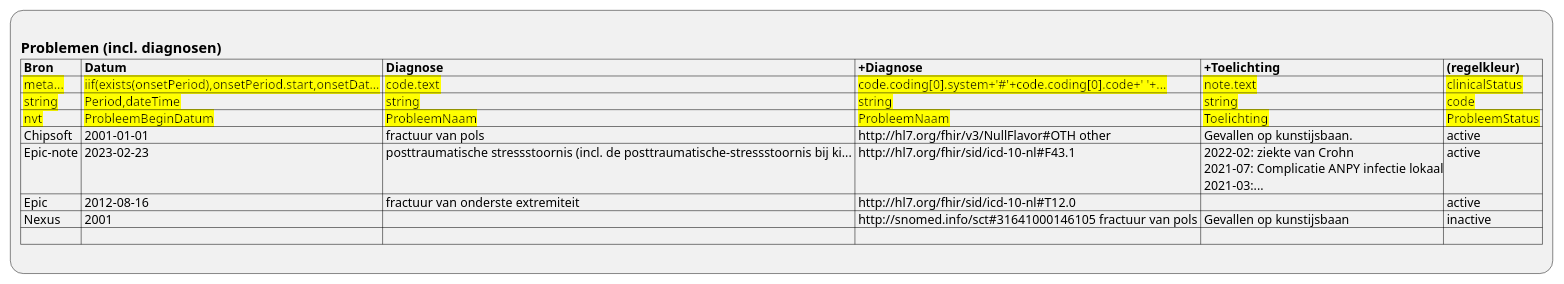
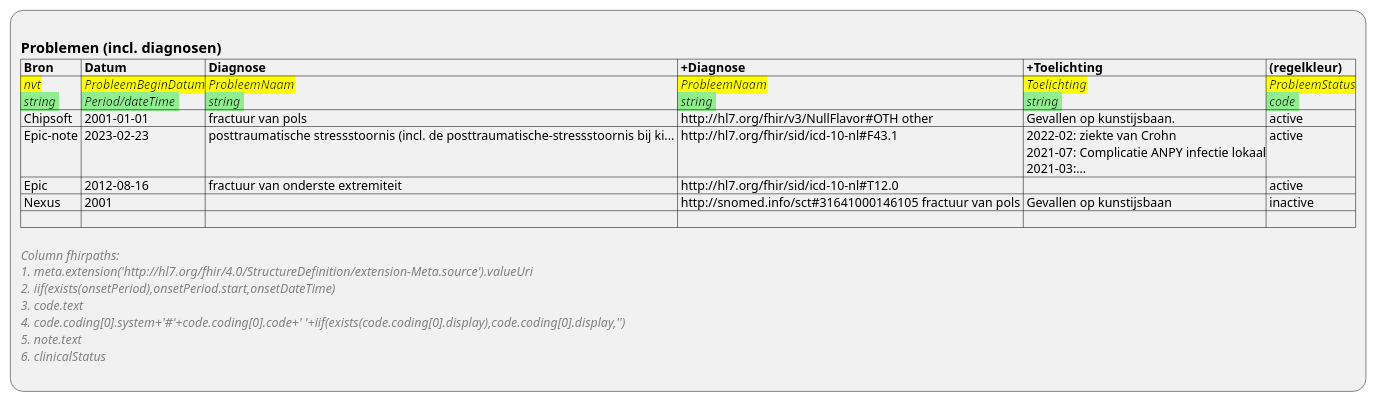
Before and after one commit to RIVO-Noord/zorgviewer-ig: the diagram in input/images-source/ViewDefinition-Condition.plantuml, drawn with PlantUML. The commit also changed 11 other files, not shown here.

```diff
--- a/input/images-source/ViewDefinition-Condition.plantuml
+++ b/input/images-source/ViewDefinition-Condition.plantuml
@@ -1,14 +1,20 @@
 @startuml ViewDefinition-Condition
 :
 == Problemen (incl. diagnosen)
 |= Bron |= Datum |= Diagnose |= +Diagnose |= +Toelichting |= (regelkleur) |
-|<back:yellow> meta... |<back:yellow> iif(exists(onsetPeriod),onsetPeriod.start,onsetDat... |<back:yellow> code.text |<back:yellow> code.coding[0].system+'#'+code.coding[0].code+' '+... |<back:yellow> note.text |<back:yellow> clinicalStatus |
-|<back:yellow> string |<back:yellow> Period,dateTime |<back:yellow> string |<back:yellow> string |<back:yellow> string |<back:yellow> code |
-|<back:yellow> nvt |<back:yellow> ProbleemBeginDatum |<back:yellow> ProbleemNaam |<back:yellow> ProbleemNaam |<back:yellow> Toelichting |<back:yellow> ProbleemStatus |
+|<back:yellow> //nvt//\n<back:lightgreen> //string// |<back:yellow> //ProbleemBeginDatum//\n<back:lightgreen> //Period/dateTime// |<back:yellow> //ProbleemNaam//\n<back:lightgreen> //string// |<back:yellow> //ProbleemNaam//\n<back:lightgreen> //string// |<back:yellow> //Toelichting//\n<back:lightgreen> //string// |<back:yellow> //ProbleemStatus//\n<back:lightgreen> //code// |
 | Chipsoft | 2001-01-01 | fractuur van pols | http://hl7.org/fhir/v3/NullFlavor#OTH other | Gevallen op kunstijsbaan. | active |
 | Epic-note | 2023-02-23 | posttraumatische stressstoornis (incl. de posttraumatische-stressstoornis bij ki... | http://hl7.org/fhir/sid/icd-10-nl#F43.1  | 2022-02: ziekte van Crohn\n 2021-07: Complicatie ANPY infectie lokaal\n 2021-03:... | active |
 | Epic | 2012-08-16 | fractuur van onderste extremiteit | http://hl7.org/fhir/sid/icd-10-nl#T12.0  |  | active |
 | Nexus | 2001 |  | http://snomed.info/sct#31641000146105 fractuur van pols | Gevallen op kunstijsbaan | inactive |
 | |
+
+<color:gray>//Column fhirpaths://
+<color:gray>//1. meta.extension('http:~//hl7.org/fhir/4.0/StructureDefinition/extension-Meta.source').valueUri//
+<color:gray>//2. iif(exists(onsetPeriod),onsetPeriod.start,onsetDateTime)//
+<color:gray>//3. code.text//
+<color:gray>//4. code.coding[0].system+'#'+code.coding[0].code+' '+iif(exists(code.coding[0].display),code.coding[0].display,'')//
+<color:gray>//5. note.text//
+<color:gray>//6. clinicalStatus//
 ;
 @enduml
```
